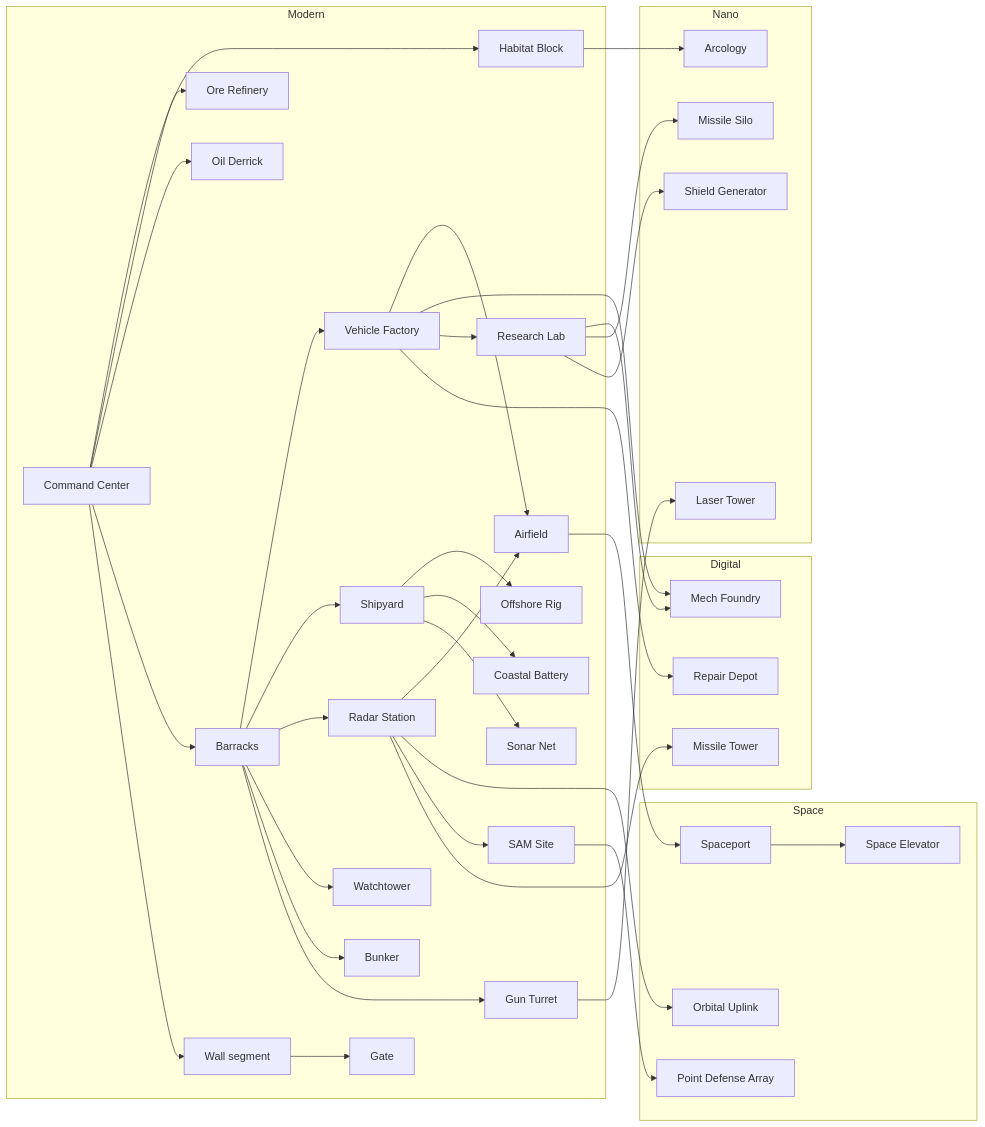
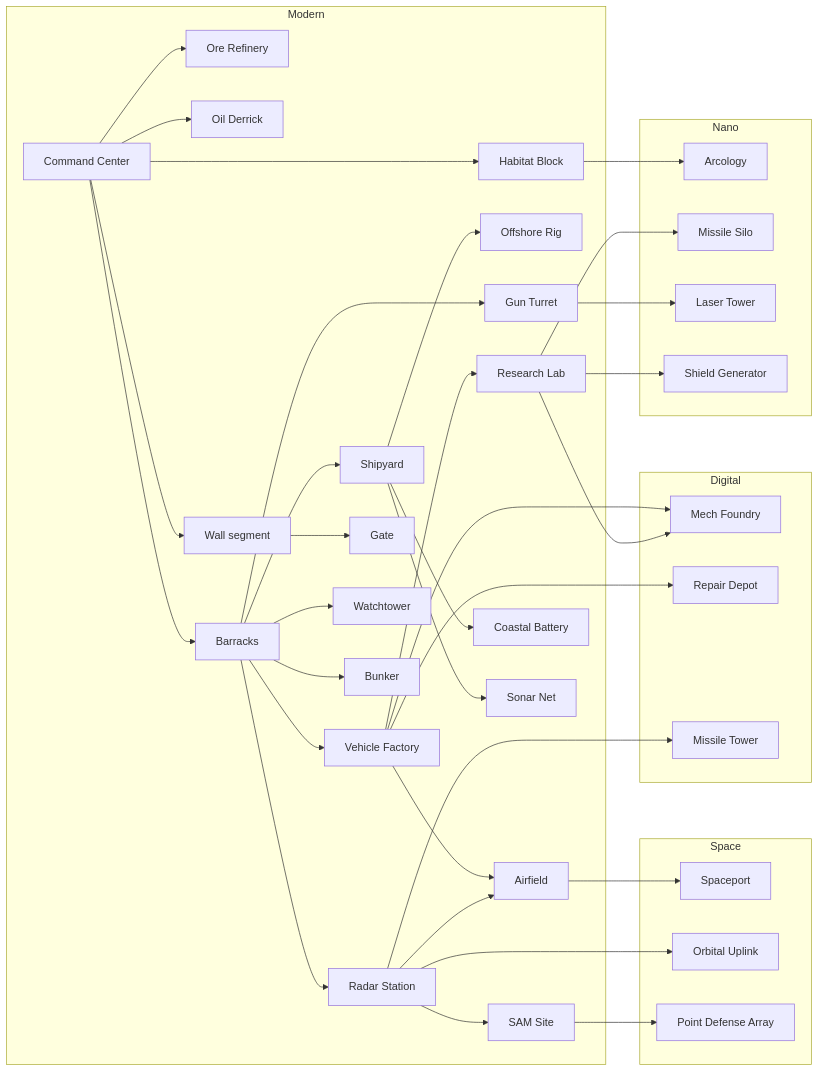
The diagram in docs/TECH_TREE.md (mattB1989/ascension-rts), drawn with Mermaid before and after one commit. The commit also changed other lines of this file and 18 other files, not shown here.

````diff
--- a/docs/TECH_TREE.md
+++ b/docs/TECH_TREE.md
@@ -33,72 +33,70 @@
 ```mermaid
 flowchart LR
   subgraph Modern
     command_center[Command Center]
     habitat_block[Habitat Block]
     ore_refinery[Ore Refinery]
     oil_derrick[Oil Derrick]
     offshore_rig[Offshore Rig]
     barracks[Barracks]
     vehicle_factory[Vehicle Factory]
     shipyard[Shipyard]
     airfield[Airfield]
     radar_station[Radar Station]
     research_lab[Research Lab]
     wall[Wall segment]
     gate[Gate]
     watchtower[Watchtower]
     bunker[Bunker]
     gun_turret[Gun Turret]
     sam_site[SAM Site]
     coastal_battery[Coastal Battery]
     sonar_net[Sonar Net]
   end
   subgraph Digital
     mech_foundry[Mech Foundry]
     repair_depot[Repair Depot]
     missile_tower[Missile Tower]
   end
   subgraph Nano
     arcology[Arcology]
     missile_silo[Missile Silo]
     laser_tower[Laser Tower]
     shield_generator[Shield Generator]
   end
   subgraph Space
     spaceport[Spaceport]
     orbital_uplink[Orbital Uplink]
-    space_elevator[Space Elevator]
     point_defense_array[Point Defense Array]
   end
   command_center --> habitat_block
   habitat_block --> arcology
   command_center --> ore_refinery
   command_center --> oil_derrick
   shipyard --> offshore_rig
   command_center --> barracks
   barracks --> vehicle_factory
   barracks --> shipyard
   radar_station --> airfield
   vehicle_factory --> airfield
   research_lab --> mech_foundry
   vehicle_factory --> mech_foundry
   airfield --> spaceport
   barracks --> radar_station
   vehicle_factory --> research_lab
   vehicle_factory --> repair_depot
   research_lab --> missile_silo
   radar_station --> orbital_uplink
-  spaceport --> space_elevator
   command_center --> wall
   wall --> gate
   barracks --> watchtower
   barracks --> bunker
   barracks --> gun_turret
   radar_station --> sam_site
   shipyard --> coastal_battery
   shipyard --> sonar_net
   radar_station --> missile_tower
   gun_turret --> laser_tower
   research_lab --> shield_generator
   sam_site --> point_defense_array
 ```
````
